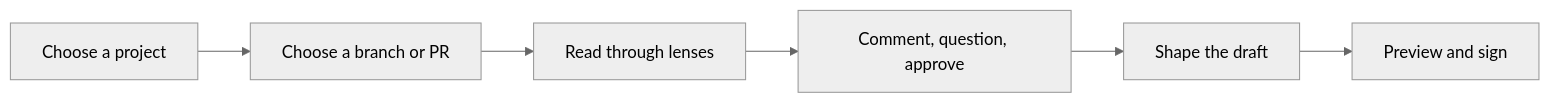
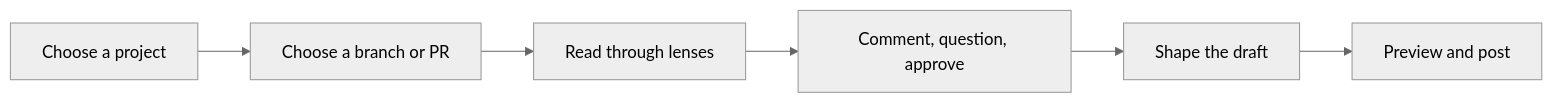
Before and after one commit to rbutera/Rennet: the first of 2 diagrams in docs/src/content/docs/using/guide/getting-started.md, drawn with Mermaid (neutral theme). The commit also changed other lines of this file and 53 other files, not shown here.

First line of the commit message:
refactor(language): drop the paper/signing metaphor entirely — preview → post (Rai, 2026-08-18)

````diff
--- a/docs/src/content/docs/using/guide/getting-started.md
+++ b/docs/src/content/docs/using/guide/getting-started.md
@@ -12,8 +12,8 @@
 ```mermaid
 flowchart LR
   project[Choose a project] --> change[Choose a branch or PR]
   change --> read[Read through lenses]
   read --> dispose[Comment, question, approve]
   dispose --> draft[Shape the draft]
-  draft --> sign[Preview and sign]
+  draft --> publish[Preview and post]
 ```
````
